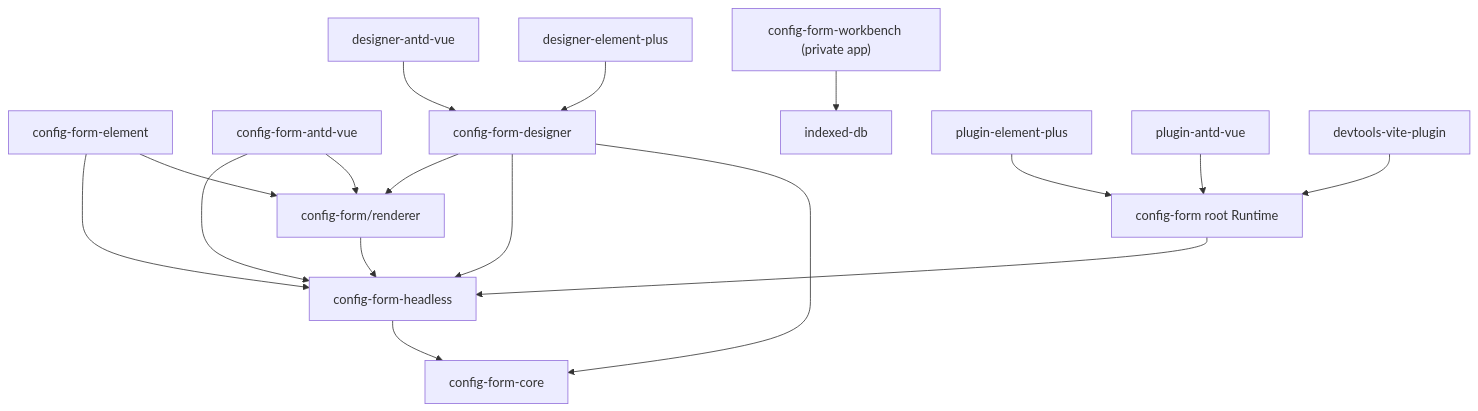
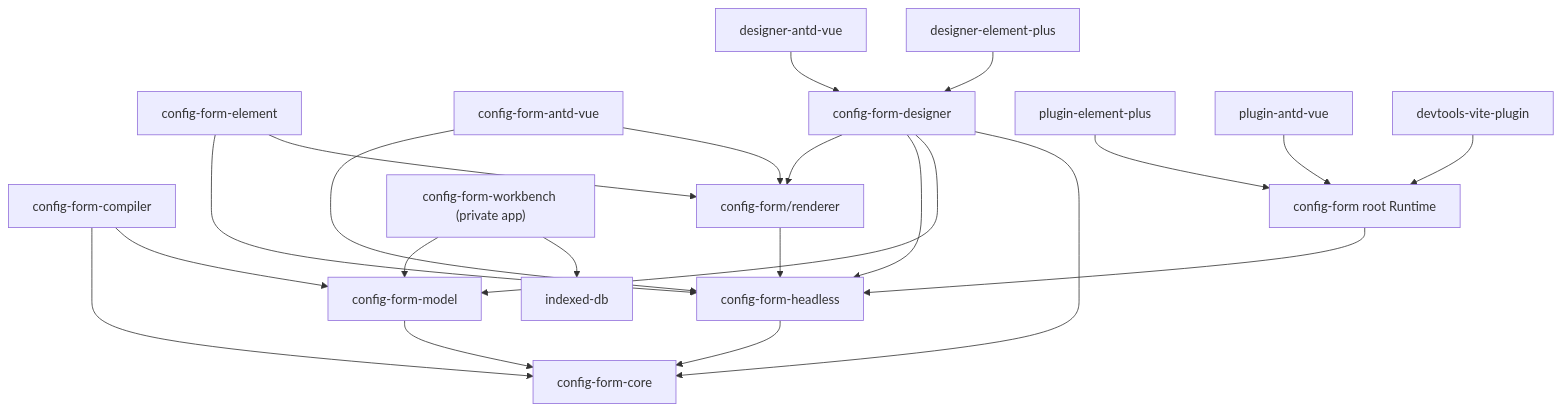
Before and after one commit to moluoxixi/vue-components: the diagram in packages/ConfigForm/README.md, drawn with Mermaid. The commit also changed other lines of this file and 145 other files, not shown here.

First line of the commit message:
refactor(core): 重构 ConfigForm 流程和状态管理核心逻辑

````diff
--- a/packages/ConfigForm/README.md
+++ b/packages/ConfigForm/README.md
@@ -18,19 +18,24 @@
 ```mermaid
 flowchart TD
+  Model["config-form-model"] --> Core["config-form-core"]
+  Compiler["config-form-compiler"] --> Model
+  Compiler --> Core
   Headless["config-form-headless"] --> Core["config-form-core"]
   Runtime["config-form root Runtime"] --> Headless
   Renderer["config-form/renderer"] --> Headless
   Element["config-form-element"] --> Renderer
   Element --> Headless
   Antd["config-form-antd-vue"] --> Renderer
   Antd --> Headless
   Designer["config-form-designer"] --> Core
+  Designer --> Model
   Designer --> Headless
   Designer --> Renderer
   DesignerElement["designer-element-plus"] --> Designer
   DesignerAntd["designer-antd-vue"] --> Designer
   Workbench["config-form-workbench (private app)"] --> IndexedDB["indexed-db"]
+  Workbench --> Model
   PluginElement["plugin-element-plus"] --> Runtime
   PluginAntd["plugin-antd-vue"] --> Runtime
   Devtools["devtools-vite-plugin"] --> Runtime
 ```
````
